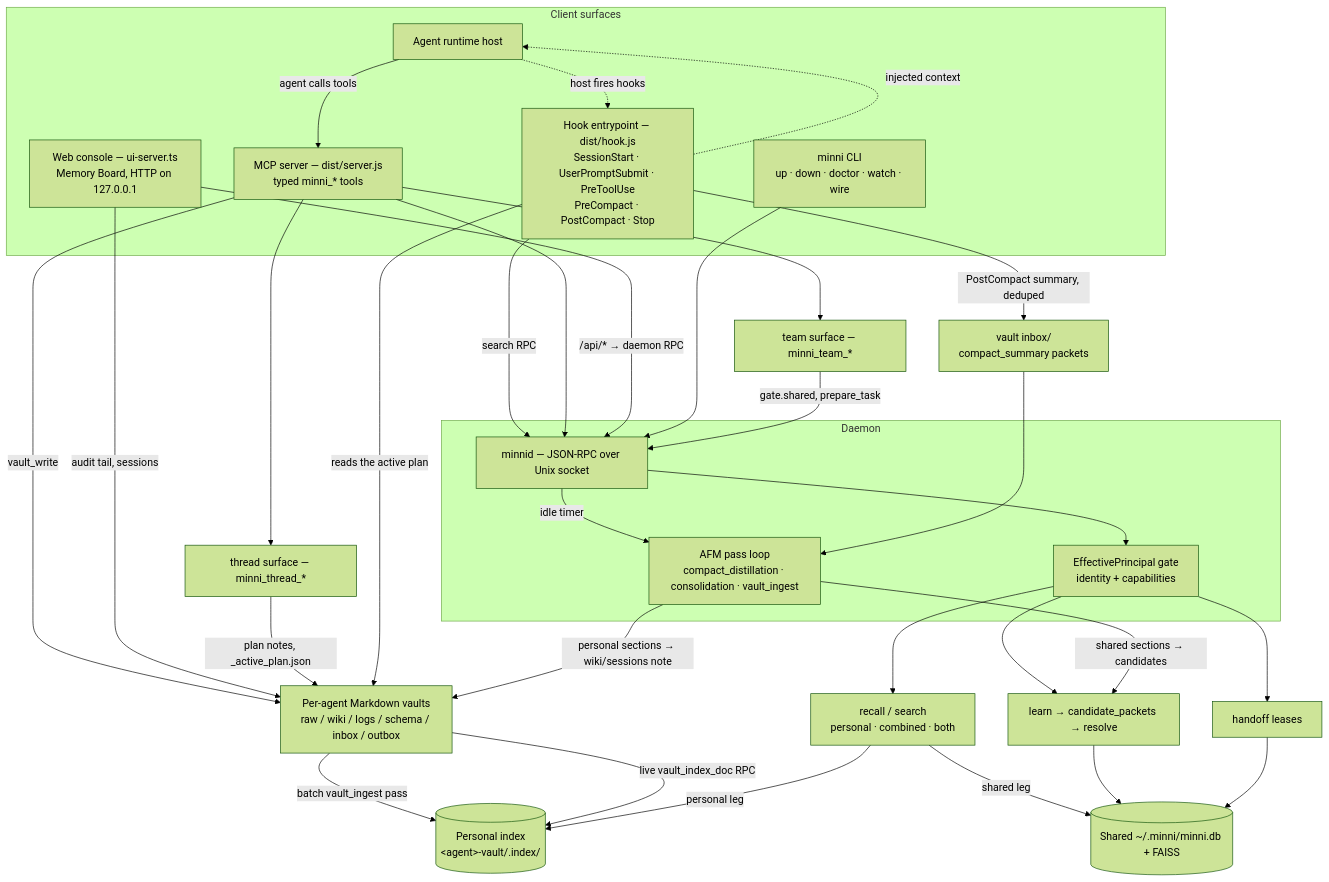
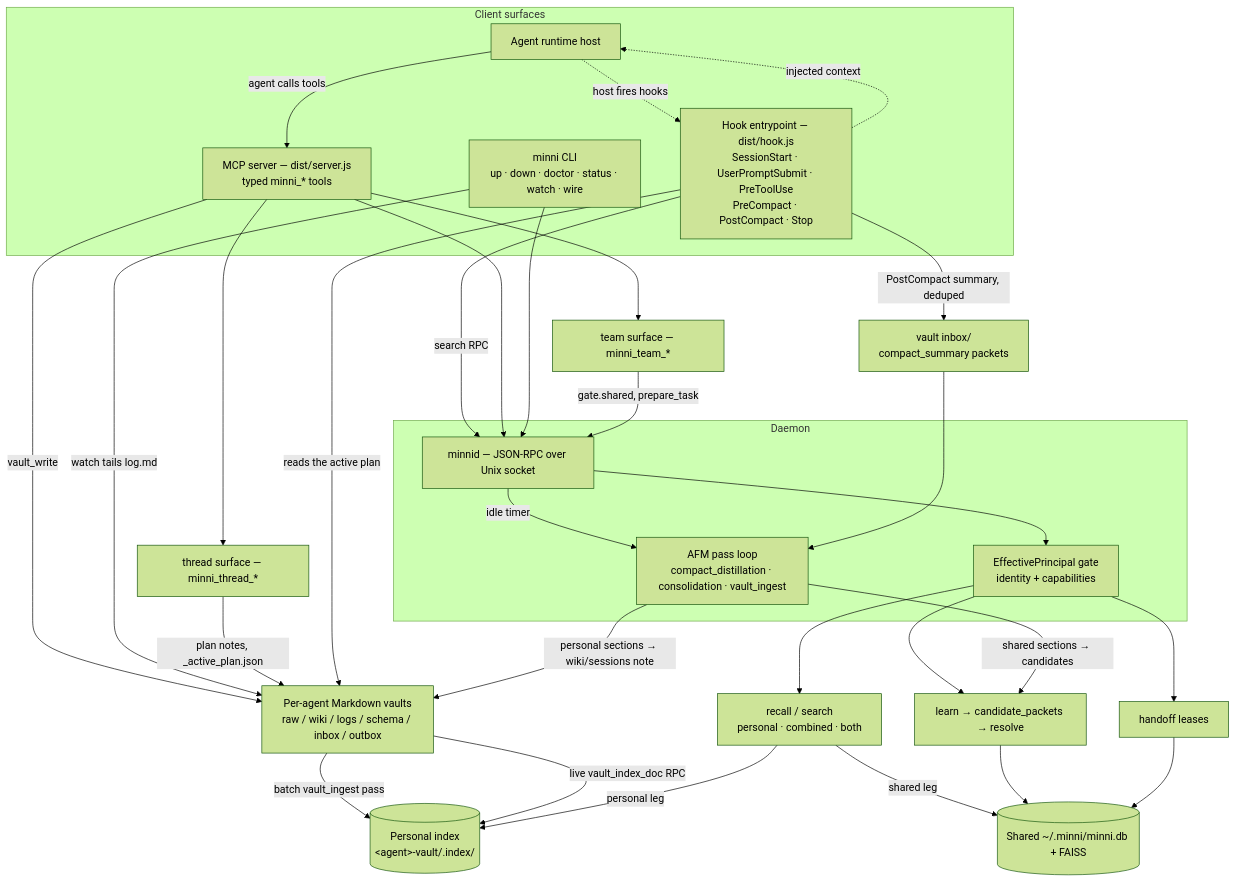
One commit to infektyd/minni changed the diagram in docs/architecture.md. Above: the diagram before and after it, drawn with Mermaid (forest theme). The commit also changed 162 other files, not shown here.

````diff
--- a/docs/architecture.md
+++ b/docs/architecture.md
@@ -12,59 +12,57 @@
 ```mermaid
 flowchart TD
     subgraph Clients["Client surfaces"]
       Host["Agent runtime host"]
       Hooks["Hook entrypoint — dist/hook.js<br/>SessionStart · UserPromptSubmit · PreToolUse<br/>PreCompact · PostCompact · Stop"]
       Plugin["MCP server — dist/server.js<br/>typed minni_* tools"]
-      Console["Web console — ui-server.ts<br/>Memory Board, HTTP on 127.0.0.1"]
-      CLI["minni CLI<br/>up · down · doctor · watch · wire"]
+      CLI["minni CLI<br/>up · down · doctor · status · watch · wire"]
     end
 
     subgraph Core["Daemon"]
       Daemon["minnid — JSON-RPC over Unix socket"]
       Gate["EffectivePrincipal gate<br/>identity + capabilities"]
       AFM["AFM pass loop<br/>compact_distillation · consolidation · vault_ingest"]
     end
 
     Retrieval["recall / search<br/>personal · combined · both"]
     Governance["learn → candidate_packets → resolve"]
     Handoff["handoff leases"]
     Plans["thread surface — minni_thread_*"]
     Team["team surface — minni_team_*"]
 
     Vaults["Per-agent Markdown vaults<br/>raw / wiki / logs / schema / inbox / outbox"]
     Inbox["vault inbox/<br/>compact_summary packets"]
     Personal[("Personal index<br/>&lt;agent&gt;-vault/.index/")]
     Shared[("Shared ~/.minni/minni.db + FAISS")]
 
     Host -.->|host fires hooks| Hooks
     Host -->|agent calls tools| Plugin
     Hooks -->|search RPC| Daemon
     Hooks -.->|injected context| Host
     Hooks -->|PostCompact summary, deduped| Inbox
     Plugin --> Daemon
     Plugin --> Plans
     Plugin --> Team
     Plugin -->|vault_write| Vaults
-    Console -->|/api/* → daemon RPC| Daemon
-    Console -->|audit tail, sessions| Vaults
     CLI --> Daemon
+    CLI -->|watch tails log.md| Vaults
     Team -->|gate.shared, prepare_task| Daemon
     Plans -->|plan notes, _active_plan.json| Vaults
     Hooks -->|reads the active plan| Vaults
 
     Daemon --> Gate
     Gate --> Retrieval
     Gate --> Governance
     Gate --> Handoff
     Daemon -->|idle timer| AFM
     Inbox --> AFM
     AFM -->|shared sections → candidates| Governance
     AFM -->|personal sections → wiki/sessions note| Vaults
 
     Vaults -->|batch vault_ingest pass| Personal
     Vaults -->|live vault_index_doc RPC| Personal
     Retrieval -->|personal leg| Personal
     Retrieval -->|shared leg| Shared
     Governance --> Shared
     Handoff --> Shared
 ```
````
